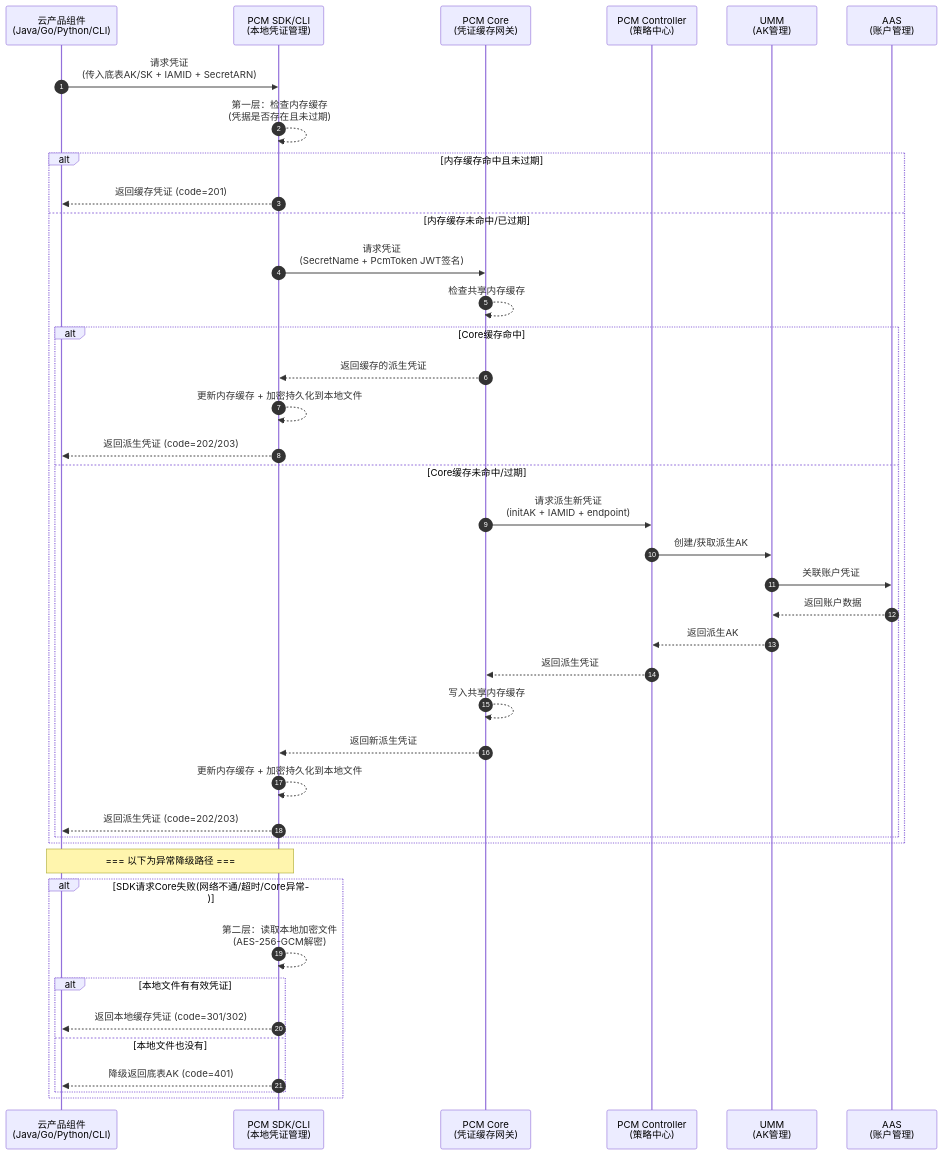
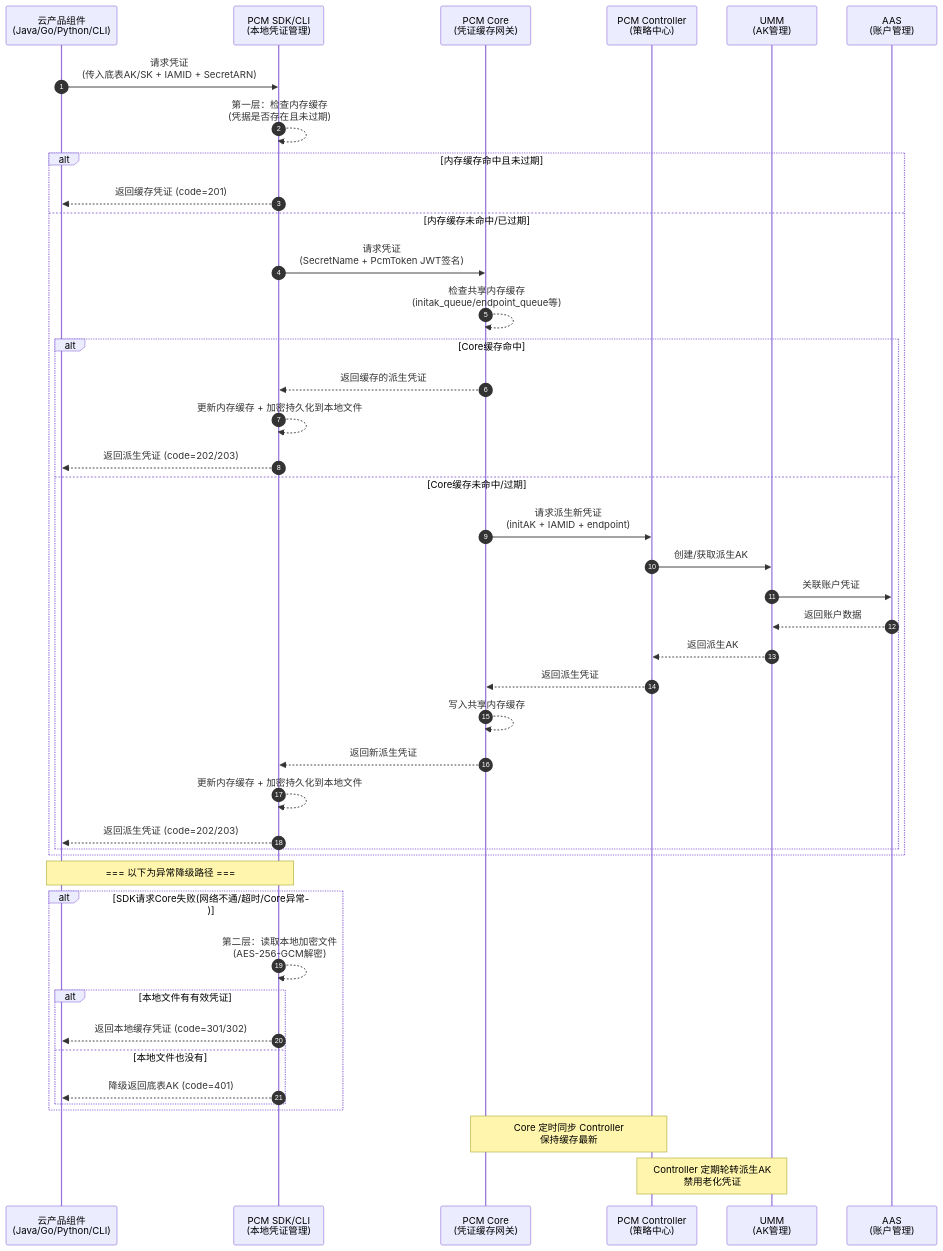
Before and after one commit to syj108/knowledge--base: the second of 2 diagrams in pages/PCM/平台凭证管理服务/方案支撑文档/横向研发文档.md, drawn with Mermaid. The commit also changed other lines of this file and 26 other files, not shown here.

````diff
--- a/pages/PCM/平台凭证管理服务/方案支撑文档/横向研发文档.md
+++ b/pages/PCM/平台凭证管理服务/方案支撑文档/横向研发文档.md
@@ -64,48 +96,51 @@
 ```mermaid
 sequenceDiagram
     autonumber
     participant App as 云产品组件<br/>(Java/Go/Python/CLI)
     participant SDK as PCM SDK/CLI<br/>(本地凭证管理)
     participant Core as PCM Core<br/>(凭证缓存网关)
     participant Ctrl as PCM Controller<br/>(策略中心)
     participant UMM as UMM<br/>(AK管理)
     participant AAS as AAS<br/>(账户管理)
 
     App->>SDK: 请求凭证<br/>(传入底表AK/SK + IAMID + SecretARN)
     SDK-->>SDK: 第一层：检查内存缓存<br/>(凭据是否存在且未过期)
 
     alt 内存缓存命中且未过期
         SDK-->>App: 返回缓存凭证 (code=201)
     else 内存缓存未命中/已过期
         SDK->>Core: 请求凭证<br/>(SecretName + PcmToken JWT签名)
-        Core-->>Core: 检查共享内存缓存
+        Core-->>Core: 检查共享内存缓存<br/>(initak_queue/endpoint_queue等)
 
         alt Core缓存命中
             Core-->>SDK: 返回缓存的派生凭证
             SDK-->>SDK: 更新内存缓存 + 加密持久化到本地文件
             SDK-->>App: 返回派生凭证 (code=202/203)
         else Core缓存未命中/过期
             Core->>Ctrl: 请求派生新凭证<br/>(initAK + IAMID + endpoint)
             Ctrl->>UMM: 创建/获取派生AK
             UMM->>AAS: 关联账户凭证
             AAS-->>UMM: 返回账户数据
             UMM-->>Ctrl: 返回派生AK
             Ctrl-->>Core: 返回派生凭证
             Core-->>Core: 写入共享内存缓存
             Core-->>SDK: 返回新派生凭证
             SDK-->>SDK: 更新内存缓存 + 加密持久化到本地文件
             SDK-->>App: 返回派生凭证 (code=202/203)
         end
     end
 
     Note over App,SDK: === 以下为异常降级路径 ===
 
     alt SDK请求Core失败(网络不通/超时/Core异常)
         SDK-->>SDK: 第二层：读取本地加密文件<br/>(AES-256-GCM解密)
         alt 本地文件有有效凭证
             SDK-->>App: 返回本地缓存凭证 (code=301/302)
         else 本地文件也没有
             SDK-->>App: 降级返回底表AK (code=401)
         end
     end
+
+    Note over Core,Ctrl: Core 定时同步 Controller<br/>保持缓存最新
+    Note over Ctrl,UMM: Controller 定期轮转派生AK<br/>禁用老化凭证
 ```
````
